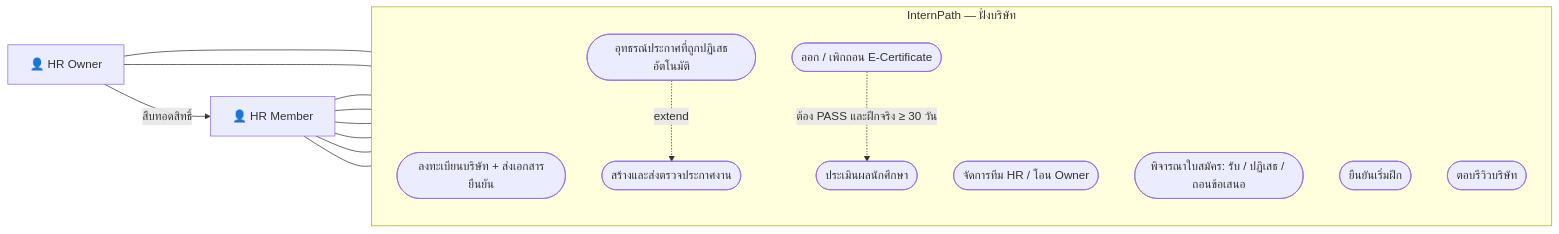
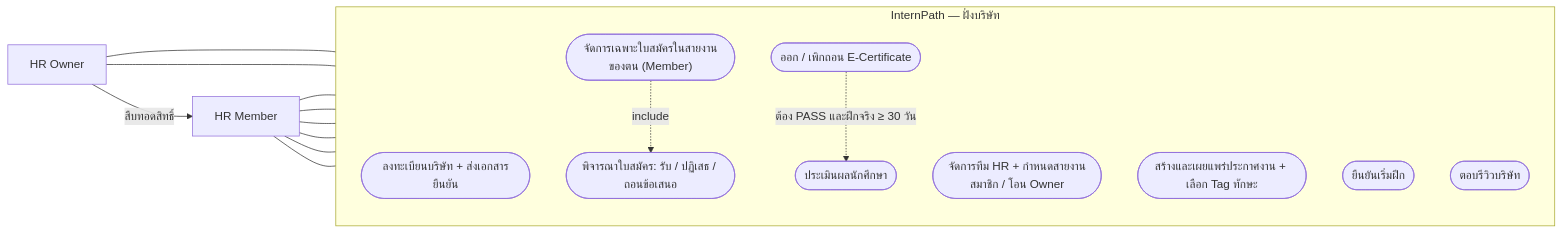
Before and after one commit to InternPATHz/InternPATH: the second of 18 diagrams in docs/diagram.md, drawn with Mermaid. The commit also changed other lines of this file and 224 other files, not shown here.

````diff
--- a/docs/diagram.md
+++ b/docs/diagram.md
@@ -59,30 +59,30 @@
 ```mermaid
 flowchart LR
-    H["👤 HR Member"]
-    O["👤 HR Owner"]
+    H["HR Member"]
+    O["HR Owner"]
     O -->|สืบทอดสิทธิ์| H
 
     subgraph SYS["InternPath — ฝั่งบริษัท"]
         direction TB
         C1(["ลงทะเบียนบริษัท + ส่งเอกสารยืนยัน"])
-        C2(["จัดการทีม HR / โอน Owner"])
-        J1(["สร้างและส่งตรวจประกาศงาน"])
-        J2(["อุทธรณ์ประกาศที่ถูกปฏิเสธอัตโนมัติ"])
+        C2(["จัดการทีม HR + กำหนดสายงานสมาชิก / โอน Owner"])
+        J1(["สร้างและเผยแพร่ประกาศงาน + เลือก Tag ทักษะ"])
+        J2(["จัดการเฉพาะใบสมัครในสายงานของตน (Member)"])
         A1(["พิจารณาใบสมัคร: รับ / ปฏิเสธ / ถอนข้อเสนอ"])
         A2(["ยืนยันเริ่มฝึก"])
         A3(["ประเมินผลนักศึกษา"])
         A4(["ออก / เพิกถอน E-Certificate"])
         A5(["ตอบรีวิวบริษัท"])
     end
 
     O --- C1
     O --- C2
     H --- J1
     H --- A1
     H --- A2
     H --- A3
     H --- A4
     H --- A5
-    J2 -.->|extend| J1
+    J2 -.->|include| A1
     A4 -.->|ต้อง PASS และฝึกจริง ≥ 30 วัน| A3
 ```
````
